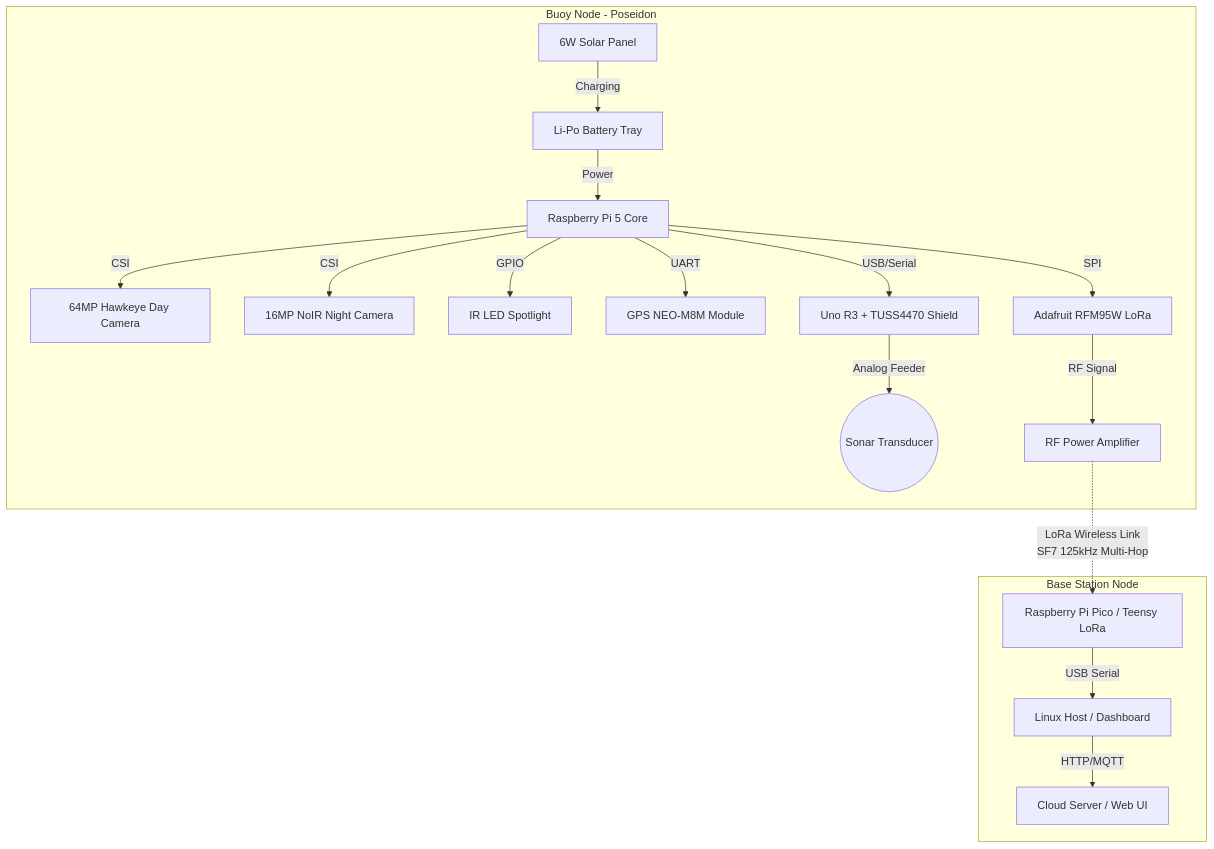
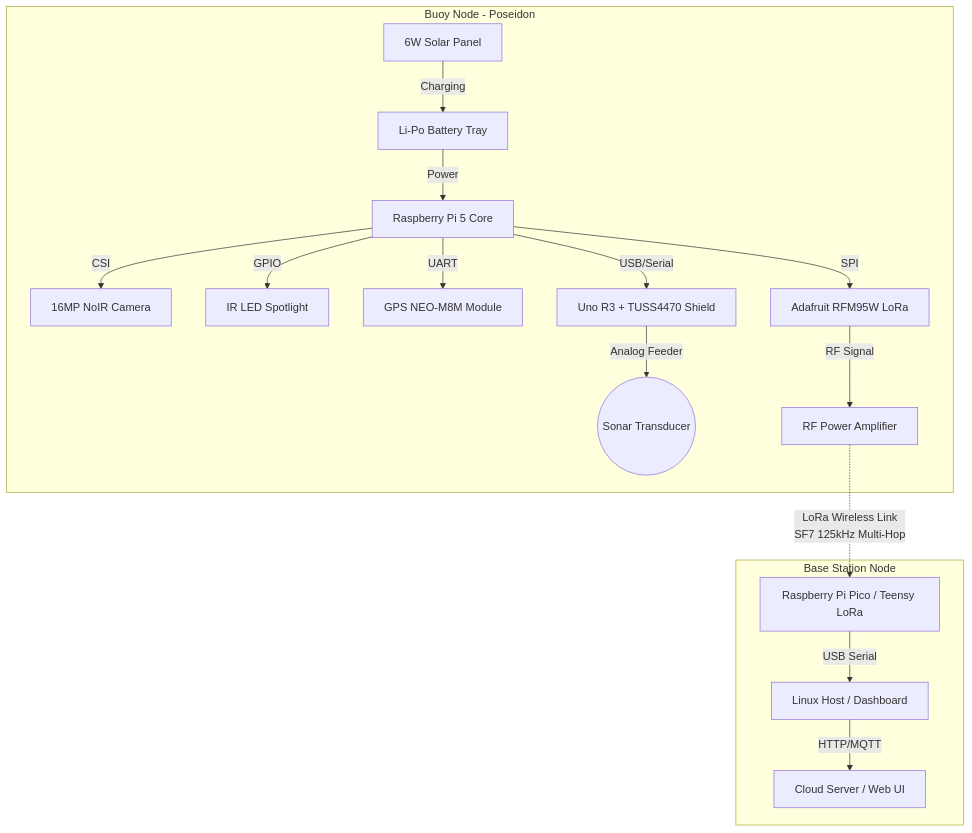
Before and after one commit to anonymouschichvy/FishTrack-Buoy: the diagram in README.md, drawn with Mermaid.

````diff
--- a/README.md
+++ b/README.md
@@ -71,42 +71,40 @@
 ```mermaid
 graph TD
     %% Buoy Subsystem
     subgraph Buoy Node [Buoy Node - Poseidon]
         RPi5[Raspberry Pi 5 Core]
-        CamDay[64MP Hawkeye Day Camera]
-        CamNight[16MP NoIR Night Camera]
+        CamDay&Night[16MP NoIR Camera]
         IR[IR LED Spotlight]
         GPS[GPS NEO-M8M Module]
         Uno[Uno R3 + TUSS4470 Shield]
         Transducer((Sonar Transducer))
         RFM95[Adafruit RFM95W LoRa]
         PA[RF Power Amplifier]
         Solar[6W Solar Panel]
         LiPo[Li-Po Battery Tray]
         
         %% Connections inside buoy
-        RPi5 -->|CSI| CamDay
-        RPi5 -->|CSI| CamNight
+        RPi5 -->|CSI| CamDay&Night
         RPi5 -->|GPIO| IR
         RPi5 -->|UART| GPS
         RPi5 -->|USB/Serial| Uno
         Uno -->|Analog Feeder| Transducer
         RPi5 -->|SPI| RFM95
         RFM95 -->|RF Signal| PA
         Solar -->|Charging| LiPo
         LiPo -->|Power| RPi5
     end
 
     %% Base Station Subsystem
     subgraph Base Station [Base Station Node]
         BasePico[Raspberry Pi Pico / Teensy LoRa]
         LinuxBase[Linux Host / Dashboard]
         Cloud[Cloud Server / Web UI]
         
         BasePico -->|USB Serial| LinuxBase
         LinuxBase -->|HTTP/MQTT| Cloud
     end
 
     %% Wireless Link
     PA -.->|LoRa Wireless Link<br/>SF7 125kHz Multi-Hop| BasePico
 ```
````
